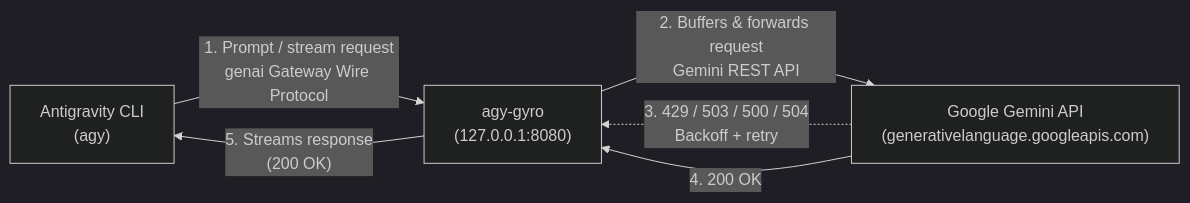
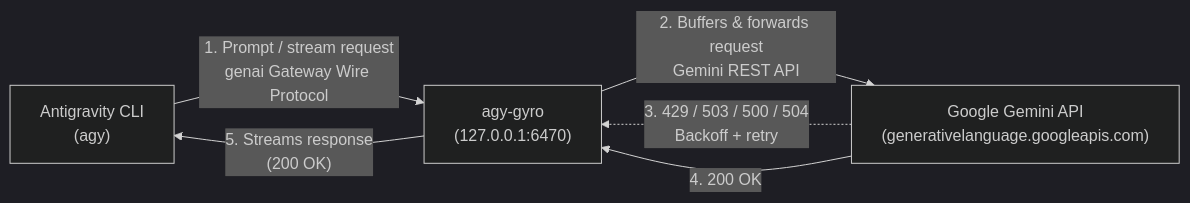
The diagram in README.md (topjohnwu/agy-gyro), drawn with Mermaid (dark theme) before and after one commit. The commit also changed other lines of this file and 10 other files, not shown here.

````diff
--- a/README.md
+++ b/README.md
@@ -38,12 +38,12 @@
 ```mermaid
 flowchart LR
     AGY["Antigravity CLI\n(agy)"]
-    GYRO["agy-gyro\n(127.0.0.1:8080)"]
+    GYRO["agy-gyro\n(127.0.0.1:6470)"]
     GEMINI["Google Gemini API\n(generativelanguage.googleapis.com)"]
 
     AGY -- "1. Prompt / stream request\ngenai Gateway Wire Protocol" --> GYRO
     GYRO -- "2. Buffers & forwards request\nGemini REST API" --> GEMINI
     GEMINI -. "3. 429 / 503 / 500 / 504\nBackoff + retry" .-> GYRO
     GEMINI -- "4. 200 OK" --> GYRO
     GYRO -- "5. Streams response\n(200 OK)" --> AGY
 ```
````
